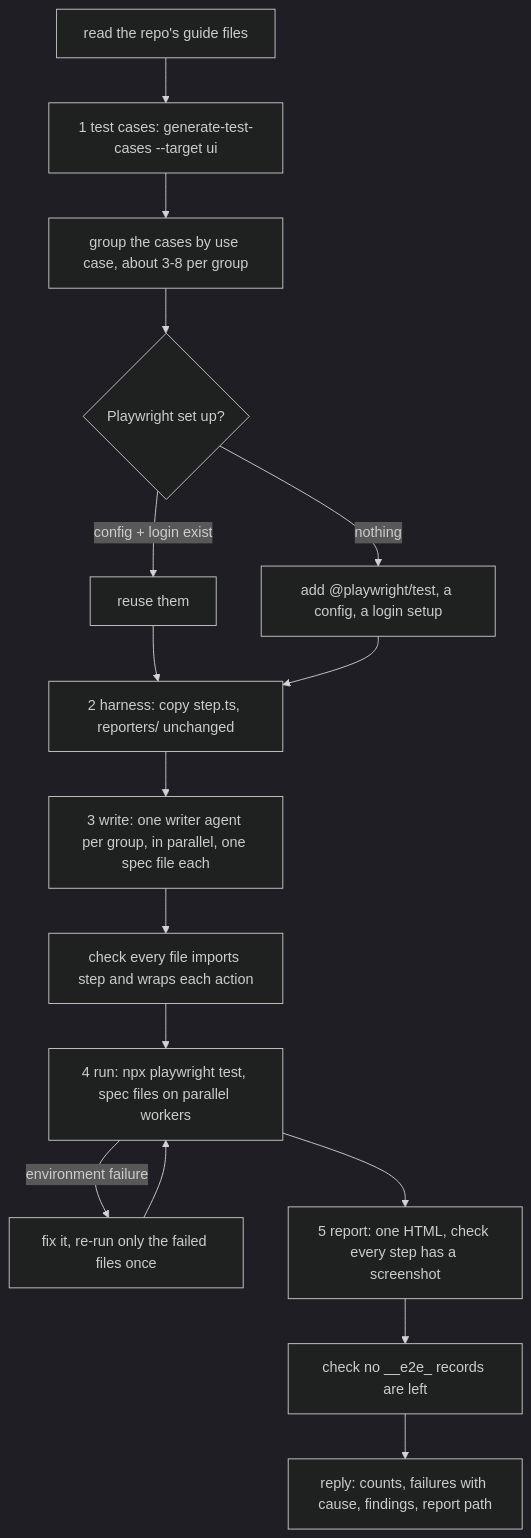
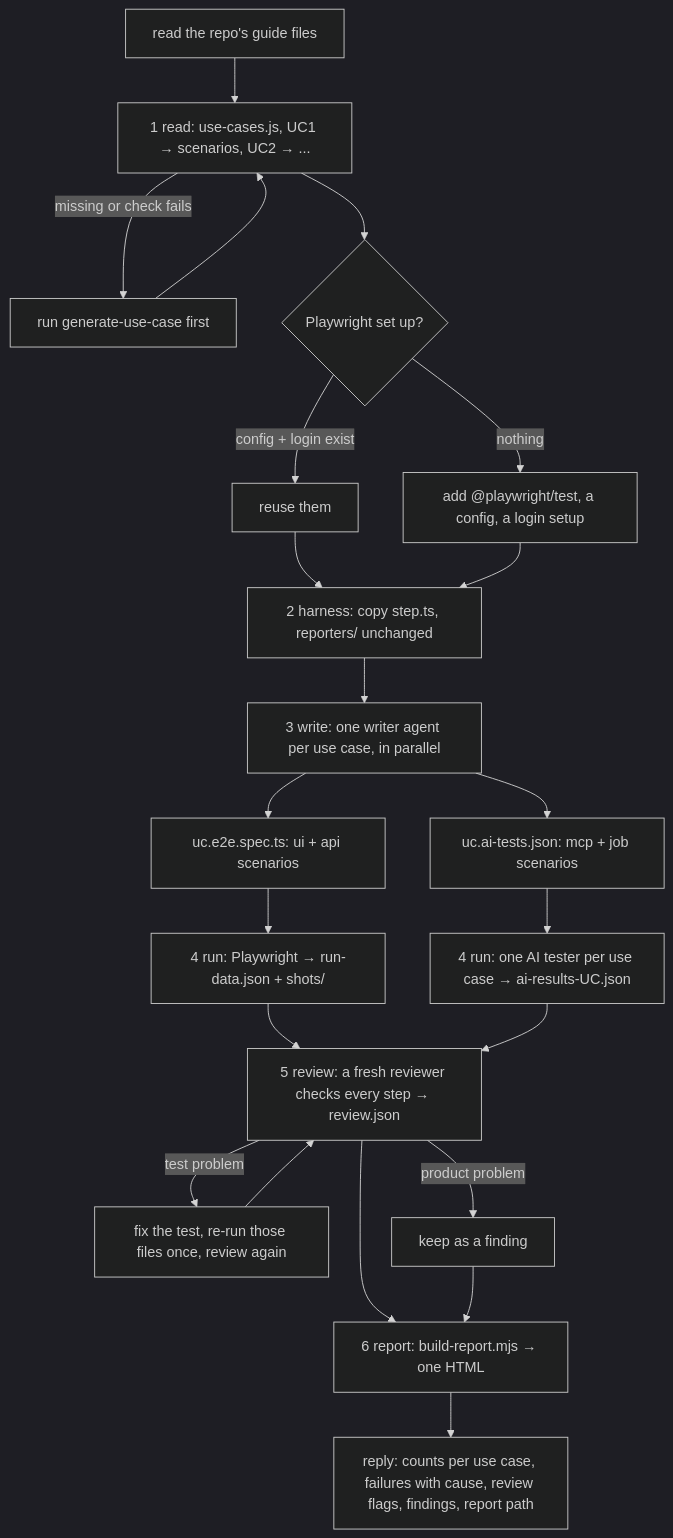
The first of 3 diagrams in plugins/naphatwx-tools/skills/e2e-test/README.md (naphatwx/naphatwx-tools), drawn with Mermaid (dark theme) before and after one commit. The commit also changed other lines of this file and 66 other files, not shown here.

First line of the commit message:
feat(use-cases): one use-cases.js for every skill that plays or tests

````diff
--- a/plugins/naphatwx-tools/skills/e2e-test/README.md
+++ b/plugins/naphatwx-tools/skills/e2e-test/README.md
@@ -22,18 +23,24 @@
 ```mermaid
 graph TD
-    A[read the repo's guide files] --> B["1 test cases: generate-test-cases --target ui"]
-    B --> C[group the cases by use case, about 3-8 per group]
-    C --> D{Playwright set up?}
-    D -->|config + login exist| D1[reuse them]
-    D -->|nothing| D2["add @playwright/test, a config, a login setup"]
-    D1 --> E["2 harness: copy step.ts, reporters/ unchanged"]
-    D2 --> E
-    E --> F["3 write: one writer agent per group, in parallel, one spec file each"]
-    F --> G[check every file imports step and wraps each action]
-    G --> H["4 run: npx playwright test, spec files on parallel workers"]
-    H -->|environment failure| H1[fix it, re-run only the failed files once]
-    H1 --> H
-    H --> I["5 report: one HTML, check every step has a screenshot"]
-    I --> J[check no __e2e_ records are left]
-    J --> K[reply: counts, failures with cause, findings, report path]
+    A[read the repo's guide files] --> B["1 read: use-cases.js, UC1 → scenarios, UC2 → ..."]
+    B -->|missing or check fails| B1[run generate-use-case first]
+    B1 --> B
+    B --> C{Playwright set up?}
+    C -->|config + login exist| C1[reuse them]
+    C -->|nothing| C2["add @playwright/test, a config, a login setup"]
+    C1 --> D["2 harness: copy step.ts, reporters/ unchanged"]
+    C2 --> D
+    D --> E["3 write: one writer agent per use case, in parallel"]
+    E --> E1["uc.e2e.spec.ts: ui + api scenarios"]
+    E --> E2["uc.ai-tests.json: mcp + job scenarios"]
+    E1 --> F1["4 run: Playwright → run-data.json + shots/"]
+    E2 --> F2["4 run: one AI tester per use case → ai-results-UC.json"]
+    F1 --> G["5 review: a fresh reviewer checks every step → review.json"]
+    F2 --> G
+    G -->|test problem| H[fix the test, re-run those files once, review again]
+    H --> G
+    G -->|product problem| I[keep as a finding]
+    G --> J["6 report: build-report.mjs → one HTML"]
+    I --> J
+    J --> K[reply: counts per use case, failures with cause, review flags, findings, report path]
 ```
````
